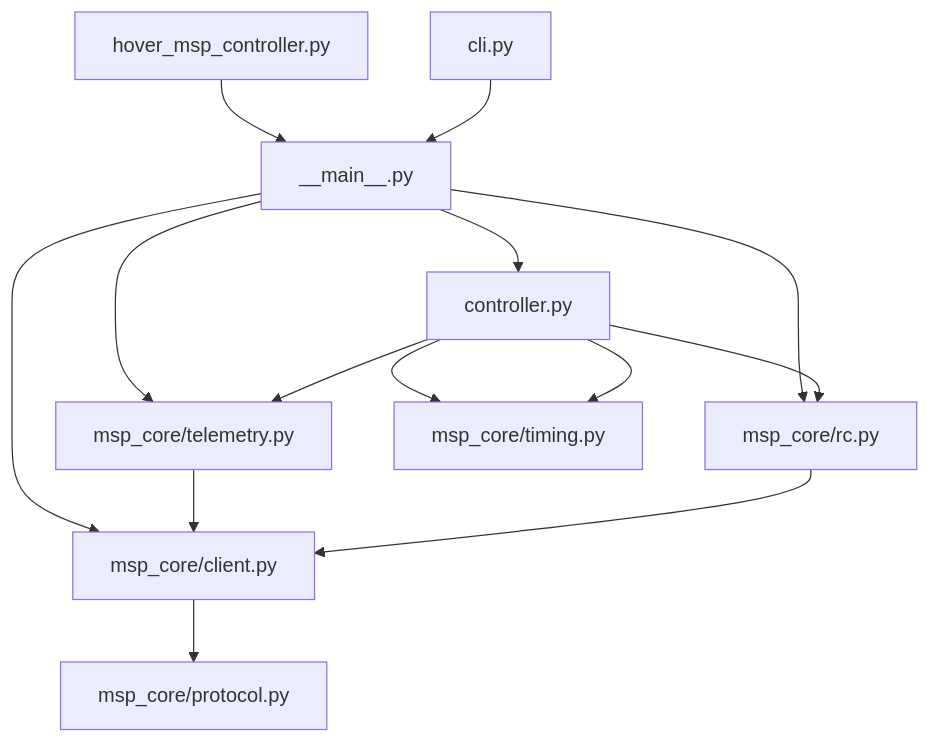
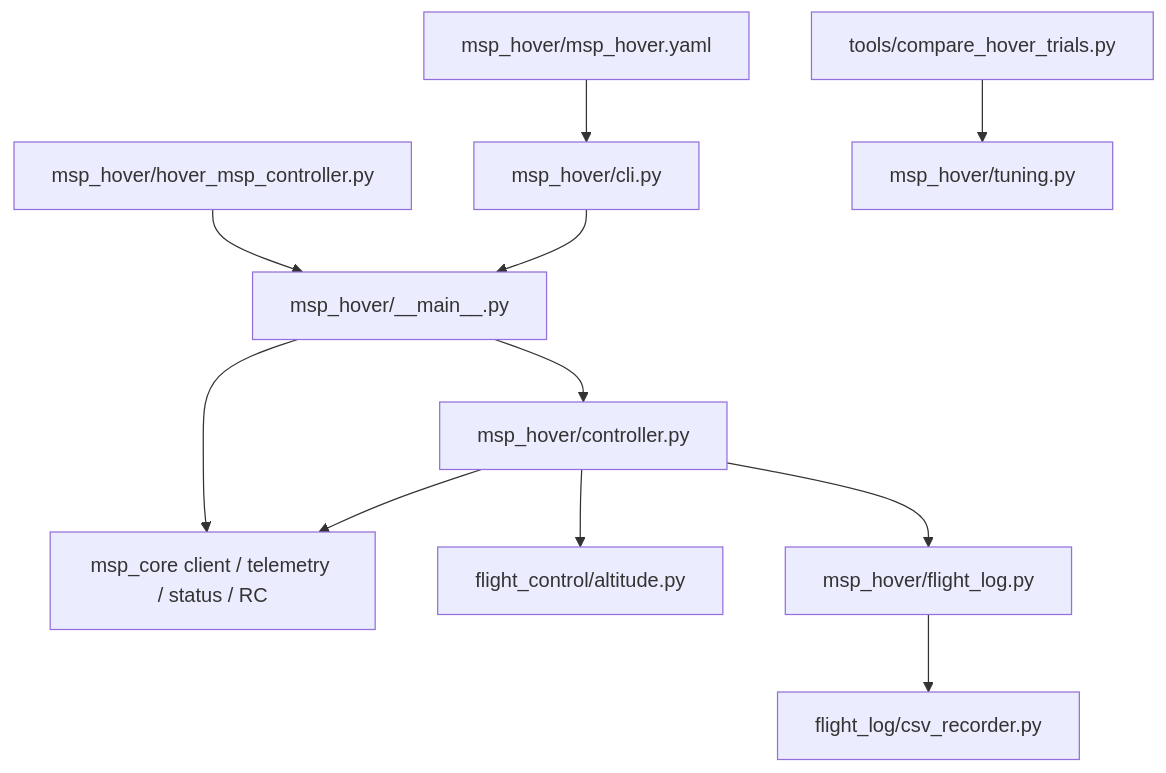
One commit to robobe/gz_betaflight_bridge changed the first of 2 diagrams in docs/msp_hover_code_design.md. Above: the diagram before and after it, drawn with Mermaid. The commit also changed other lines of this file and 25 other files, not shown here.

````diff
--- a/docs/msp_hover_code_design.md
+++ b/docs/msp_hover_code_design.md
@@ -7,17 +9,13 @@
 ```mermaid
 flowchart TB
-    WRAP[hover_msp_controller.py] --> MAIN[__main__.py]
-    CLI[cli.py] --> MAIN
-    MAIN --> CLIENT[msp_core/client.py]
-    MAIN --> TEL[msp_core/telemetry.py]
-    MAIN --> RC[msp_core/rc.py]
-    MAIN --> CTRL[controller.py]
-    CTRL --> TIME[msp_core/timing.py]
-
-    CLIENT --> PROTO[msp_core/protocol.py]
-    TEL --> CLIENT
-    RC --> CLIENT
-    CTRL --> TEL
-    CTRL --> RC
-    CTRL --> TIME
+    ENTRY[msp_hover/hover_msp_controller.py] --> MAIN[msp_hover/__main__.py]
+    YAML[msp_hover/msp_hover.yaml] --> CLI[msp_hover/cli.py]
+    CLI --> MAIN
+    MAIN --> CORE[msp_core client / telemetry / status / RC]
+    MAIN --> POLICY[msp_hover/controller.py]
+    POLICY --> ALT[flight_control/altitude.py]
+    POLICY --> CORE
+    POLICY --> HLOG[msp_hover/flight_log.py]
+    HLOG --> CSV[flight_log/csv_recorder.py]
+    COMPARE[tools/compare_hover_trials.py] --> TUNE[msp_hover/tuning.py]
 ```
````
